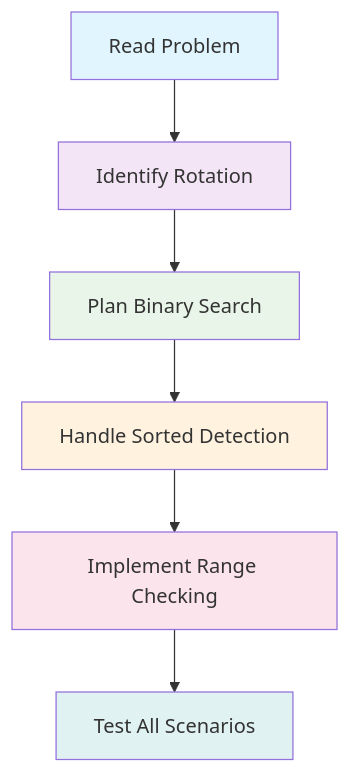
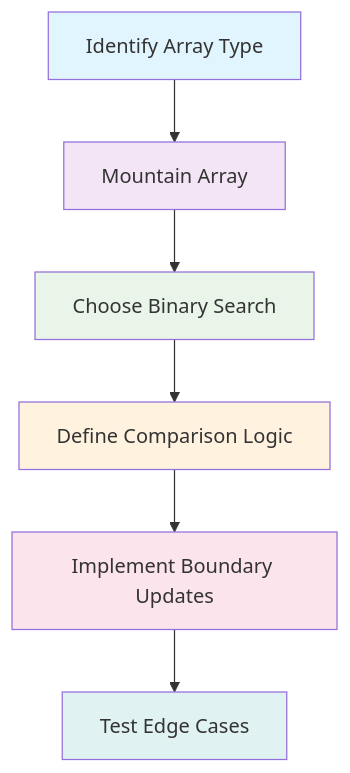
One commit to LuckyLongre123/README_RUNNER changed diagram 11 of 13 in README.md. Above: the diagram before and after it, drawn with Mermaid. The commit also changed other lines of this file, not shown here.

````diff
--- a/README.md
+++ b/README.md
@@ -355,15 +359,15 @@
 ```mermaid
 flowchart TD
-    A["Read Problem"] --> B["Identify Rotation"]
-    B --> C["Plan Binary Search"]
-    C --> D["Handle Sorted Detection"]
-    D --> E["Implement Range Checking"]
-    E --> F["Test All Scenarios"]
+    A["Identify Array Type"] --> B["Mountain Array"]
+    B --> C["Choose Binary Search"]
+    C --> D["Define Comparison Logic"]
+    D --> E["Implement Boundary Updates"]
+    E --> F["Test Edge Cases"]
     
     style A fill:#e1f5fe
     style B fill:#f3e5f5
     style C fill:#e8f5e8
     style D fill:#fff3e0
     style E fill:#fce4ec
     style F fill:#e0f2f1
 ```
````
